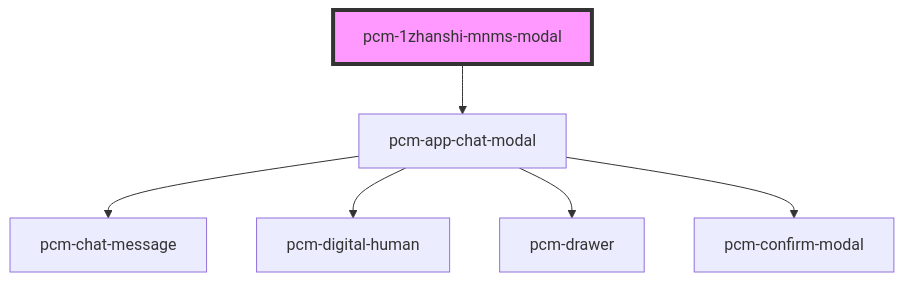
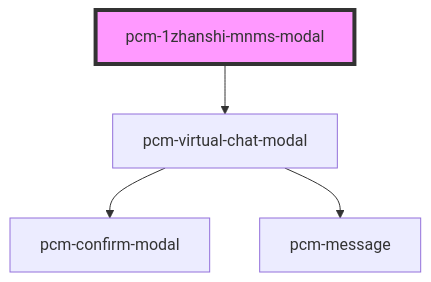
Before and after one commit to Pincaimao/pcm-agents-sdk: the diagram in packages/pcm-agents/docs/components/pcm-1zhanshi-mnms-modal/readme.md, drawn with Mermaid. The commit also changed other lines of this file and 15 other files, not shown here.

````diff
--- a/packages/pcm-agents/docs/components/pcm-1zhanshi-mnms-modal/readme.md
+++ b/packages/pcm-agents/docs/components/pcm-1zhanshi-mnms-modal/readme.md
@@ -48,9 +51,7 @@
 ```mermaid
 graph TD;
-  pcm-1zhanshi-mnms-modal --> pcm-app-chat-modal
-  pcm-app-chat-modal --> pcm-chat-message
-  pcm-app-chat-modal --> pcm-digital-human
-  pcm-app-chat-modal --> pcm-drawer
-  pcm-app-chat-modal --> pcm-confirm-modal
+  pcm-1zhanshi-mnms-modal --> pcm-virtual-chat-modal
+  pcm-virtual-chat-modal --> pcm-confirm-modal
+  pcm-virtual-chat-modal --> pcm-message
   style pcm-1zhanshi-mnms-modal fill:#f9f,stroke:#333,stroke-width:4px
 ```
````
